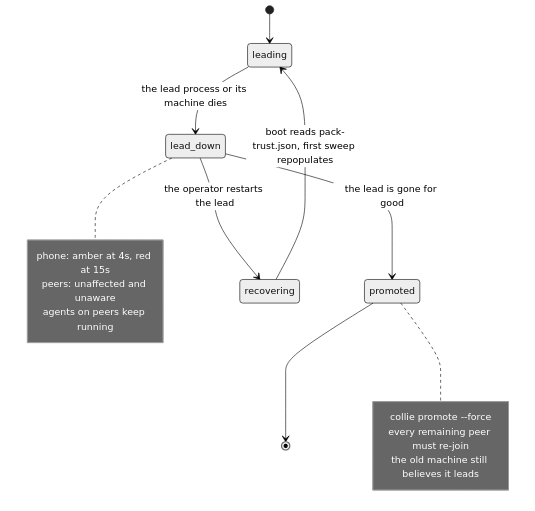
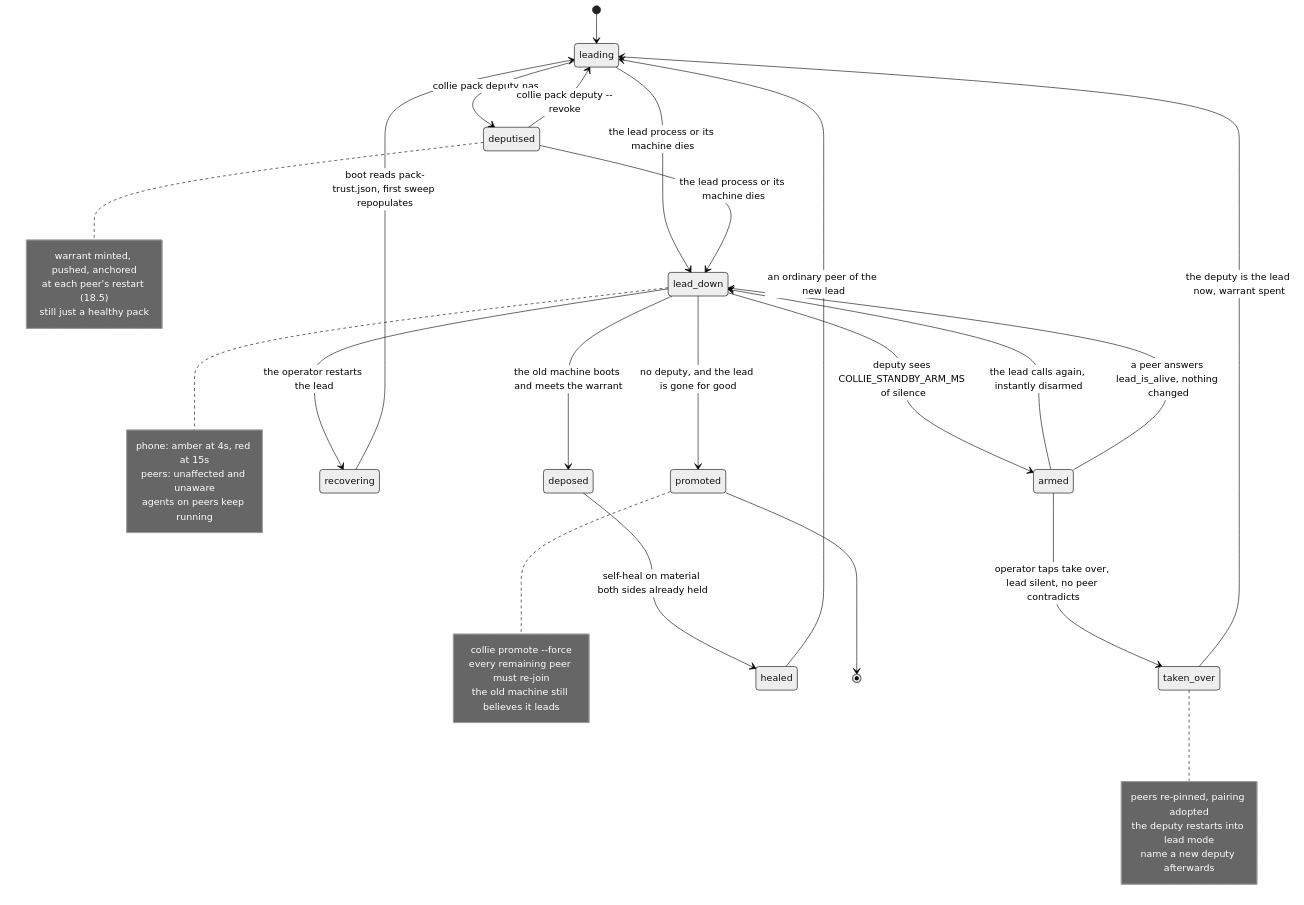
Before and after one commit to AltanS/collie: the third of 3 diagrams in PACK_PROTOCOL.md, drawn with Mermaid (neutral theme). The commit also changed other lines of this file and 8 other files, not shown here.

Commit message:
docs(pack): the deputy in the record — ADRs 0027/0028, the runbook, and the new death-of-a-lead story

````diff
--- a/PACK_PROTOCOL.md
+++ b/PACK_PROTOCOL.md
@@ -1488,19 +1488,45 @@
 ```mermaid
 stateDiagram-v2
   [*] --> leading
+  leading --> deputised: collie pack deputy nas
+  note right of deputised
+    warrant minted, pushed, anchored
+    at each peer's restart (18.5)
+    still just a healthy pack
+  end note
+  deputised --> leading: collie pack deputy --revoke
+
   leading --> lead_down: the lead process or its machine dies
+  deputised --> lead_down: the lead process or its machine dies
   note right of lead_down
     phone: amber at 4s, red at 15s
     peers: unaffected and unaware
     agents on peers keep running
   end note
+
   lead_down --> recovering: the operator restarts the lead
   recovering --> leading: boot reads pack-trust.json, first sweep repopulates
-  lead_down --> promoted: the lead is gone for good
+
+  lead_down --> armed: deputy sees COLLIE_STANDBY_ARM_MS of silence
+  armed --> lead_down: the lead calls again, instantly disarmed
+  armed --> taken_over: operator taps take over, lead silent, no peer contradicts
+  armed --> lead_down: a peer answers lead_is_alive, nothing changed
+  taken_over --> leading: the deputy is the lead now, warrant spent
+  note right of taken_over
+    peers re-pinned, pairing adopted
+    the deputy restarts into lead mode
+    name a new deputy afterwards
+  end note
+
+  lead_down --> deposed: the old machine boots and meets the warrant
+  deposed --> healed: self-heal on material both sides already held
+  healed --> leading: an ordinary peer of the new lead
+
+  lead_down --> promoted: no deputy, and the lead is gone for good
   promoted --> [*]
   note right of promoted
     collie promote --force
     every remaining peer must re-join
     the old machine still believes it leads
   end note
 ```
````
